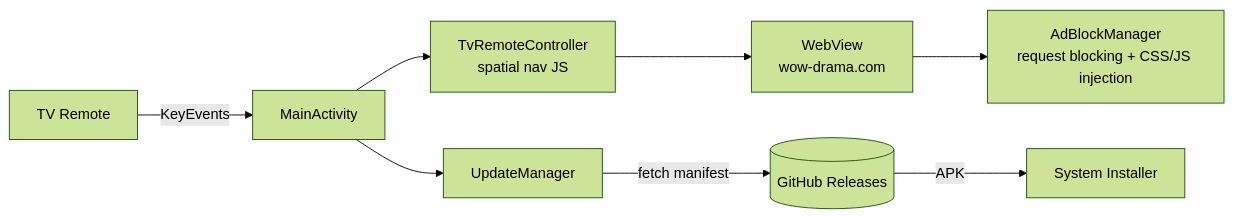
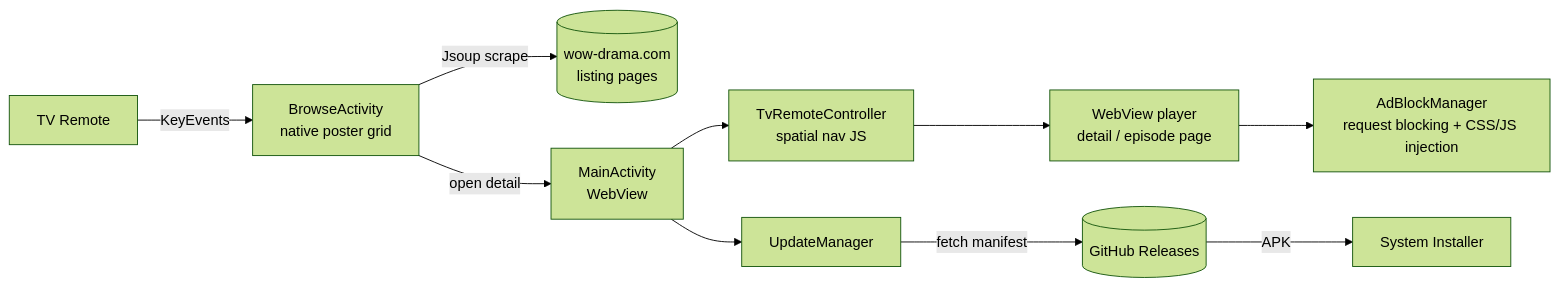
The diagram in README.md (Thanatad/WOW-Drama-TV), drawn with Mermaid (forest theme) before and after one commit. The commit also changed other lines of this file, not shown here.

Commit message:
docs: describe native browse UI in README

````diff
--- a/README.md
+++ b/README.md
@@ -109,10 +114,12 @@
 ```mermaid
 flowchart LR
-    A[TV Remote] -->|KeyEvents| B[MainActivity]
-    B --> C[TvRemoteController<br/>spatial nav JS]
-    C --> D[WebView<br/>wow-drama.com]
-    D --> E[AdBlockManager<br/>request blocking + CSS/JS injection]
-    B --> F[UpdateManager]
-    F -->|fetch manifest| G[(GitHub Releases)]
-    G -->|APK| H[System Installer]
+    A[TV Remote] -->|KeyEvents| B[BrowseActivity<br/>native poster grid]
+    B -->|Jsoup scrape| C[(wow-drama.com<br/>listing pages)]
+    B -->|open detail| D[MainActivity<br/>WebView]
+    D --> E[TvRemoteController<br/>spatial nav JS]
+    E --> F[WebView player<br/>detail / episode page]
+    F --> G[AdBlockManager<br/>request blocking + CSS/JS injection]
+    D --> H[UpdateManager]
+    H -->|fetch manifest| I[(GitHub Releases)]
+    I -->|APK| J[System Installer]
 ```
````
